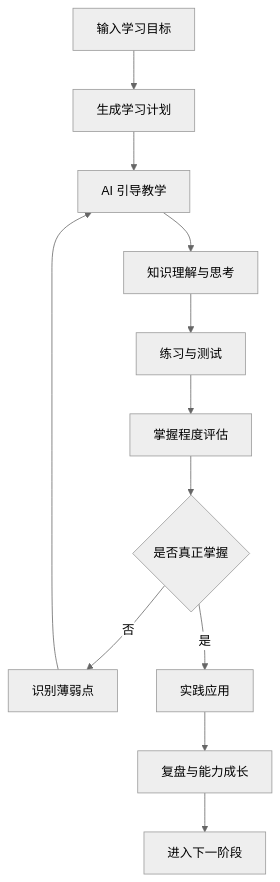
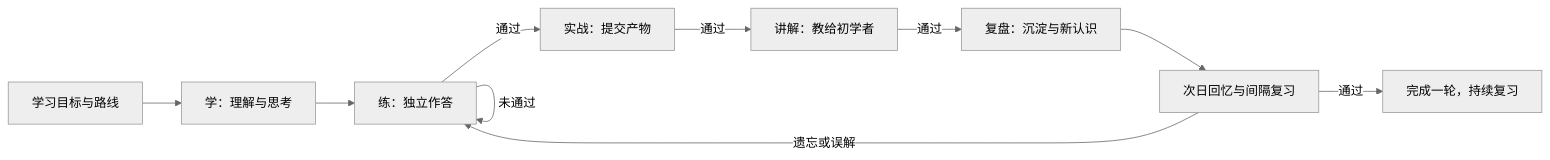
The diagram in README.md (BennyZ359/DoKnow), drawn with Mermaid (neutral theme) before and after one commit. The commit also changed other lines of this file and 49 other files, not shown here.

````diff
--- a/README.md
+++ b/README.md
@@ -137,14 +25,12 @@
 ```mermaid
-flowchart TD
-    A[输入学习目标] --> B[生成学习计划]
-    B --> C[AI 引导教学]
-    C --> D[知识理解与思考]
-    D --> E[练习与测试]
-    E --> F[掌握程度评估]
-    F --> G{是否真正掌握}
-    G -->|否| H[识别薄弱点]
-    H --> C
-    G -->|是| I[实践应用]
-    I --> J[复盘与能力成长]
-    J --> K[进入下一阶段]
+flowchart LR
+    A[学习目标与路线] --> B[学：理解与思考]
+    B --> C[练：独立作答]
+    C -->|通过| D[实战：提交产物]
+    C -->|未通过| C
+    D -->|通过| E[讲解：教给初学者]
+    E -->|通过| F[复盘：沉淀与新认识]
+    F --> G[次日回忆与间隔复习]
+    G -->|遗忘或误解| C
+    G -->|通过| H[完成一轮，持续复习]
 ```
````
